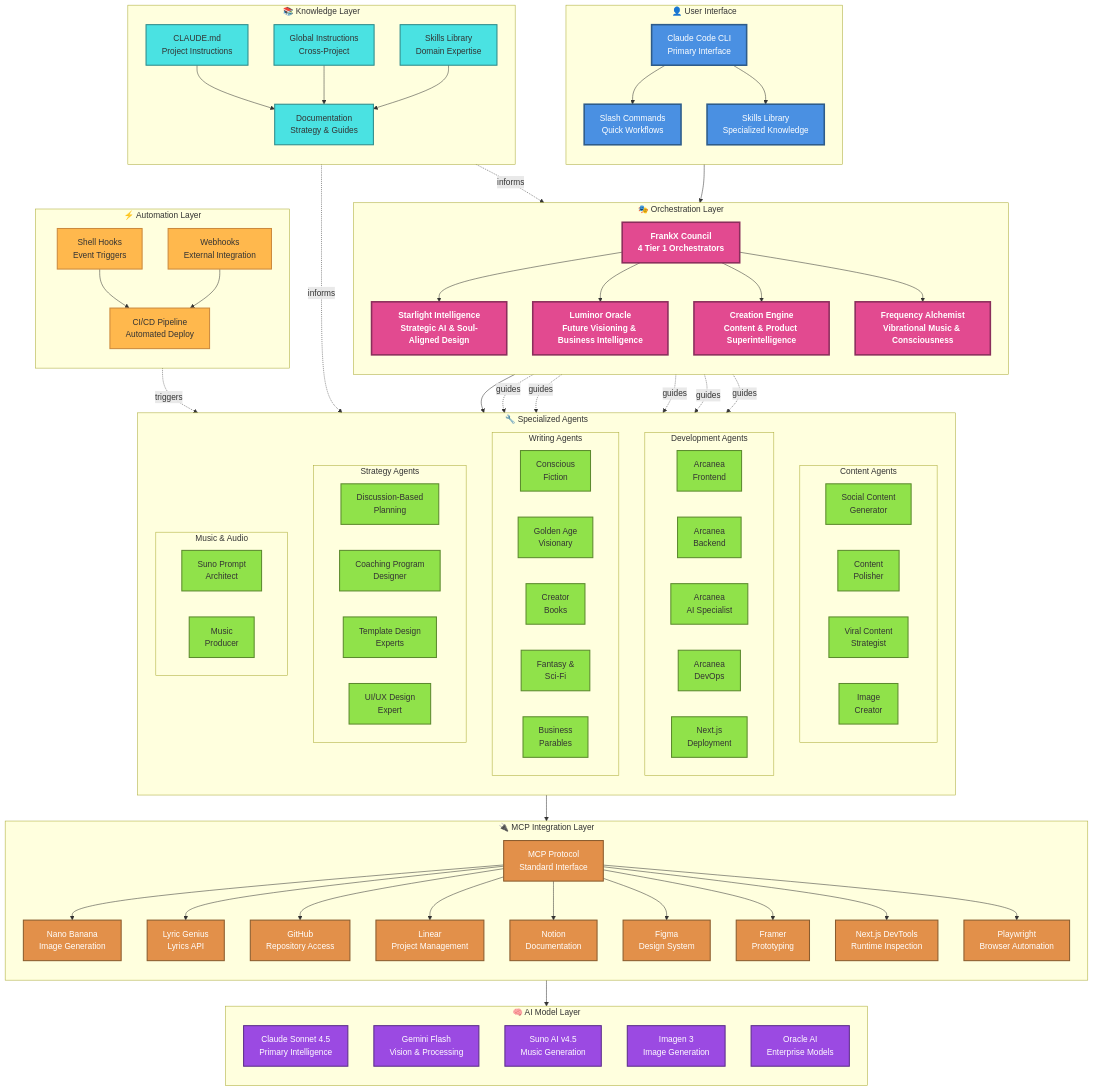
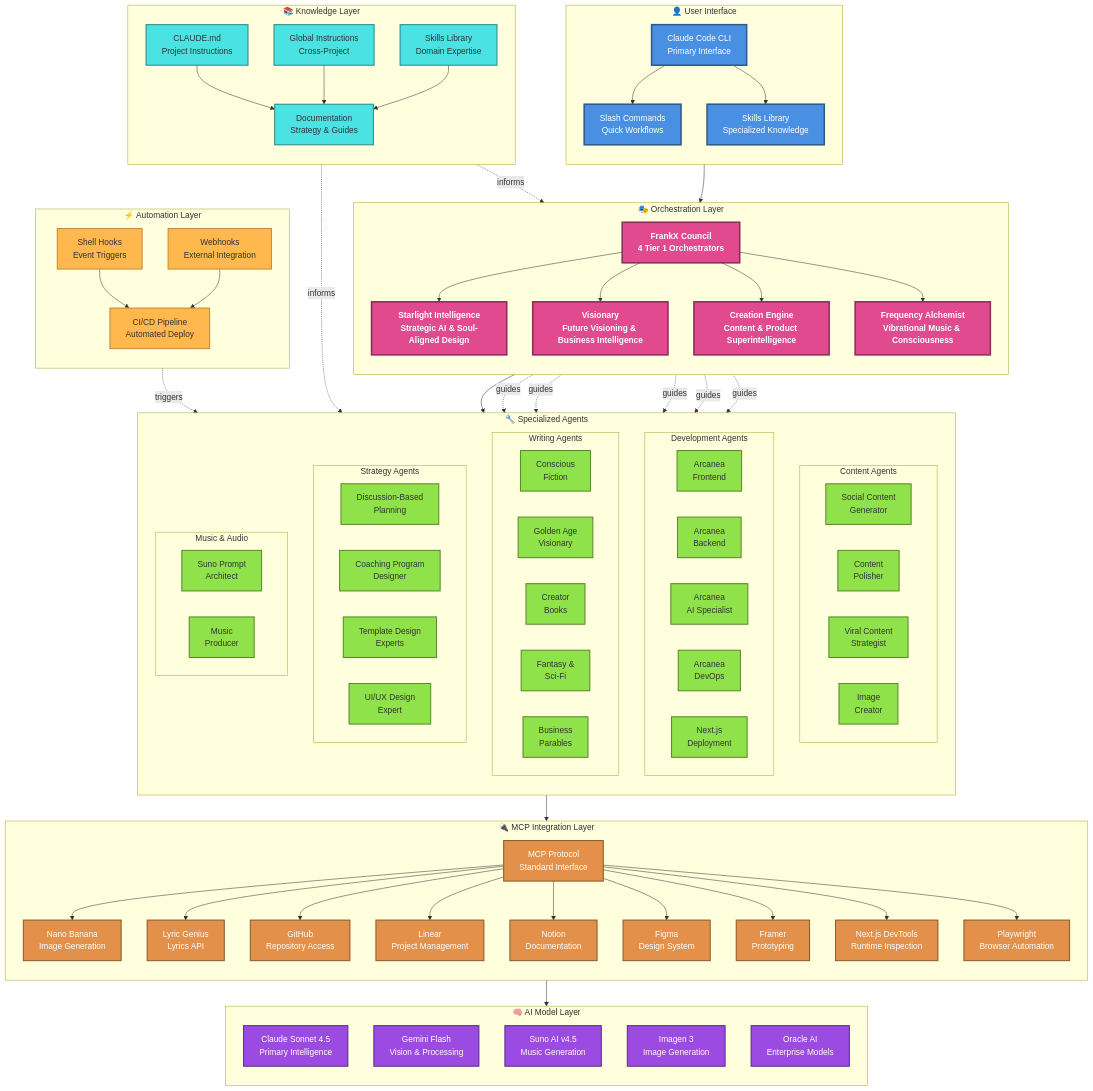
Before and after one commit to frankxai/frankx.ai-vercel-website: the diagram in docs/diagrams/05-agentic-ai-architecture.mmd, drawn with Mermaid. The commit also changed 143 other files, not shown here.

```diff
--- a/docs/diagrams/05-agentic-ai-architecture.mmd
+++ b/docs/diagrams/05-agentic-ai-architecture.mmd
@@ -1,132 +1,132 @@
 graph TB
     %% Agentic AI Architecture
     %% FrankX Superintelligent Agent System
 
     subgraph USER["👤 User Interface"]
         direction TB
         CLI[Claude Code CLI<br/>Primary Interface]:::ui
         SLASH[Slash Commands<br/>Quick Workflows]:::ui
         SKILLS[Skills Library<br/>Specialized Knowledge]:::ui
 
         CLI --> SLASH
         CLI --> SKILLS
     end
 
     subgraph ORCHESTRATION["🎭 Orchestration Layer"]
         direction TB
         COUNCIL[FrankX Council<br/>4 Tier 1 Orchestrators]:::orchestrator
 
         COUNCIL --> STARLIGHT[Starlight Intelligence<br/>Strategic AI & Soul-Aligned Design]:::orchestrator
-        COUNCIL --> LUMINOR[Luminor Oracle<br/>Future Visioning & Business Intelligence]:::orchestrator
+        COUNCIL --> LUMINOR[Visionary<br/>Future Visioning & Business Intelligence]:::orchestrator
         COUNCIL --> CREATION[Creation Engine<br/>Content & Product Superintelligence]:::orchestrator
         COUNCIL --> FREQ_ORCH[Frequency Alchemist<br/>Vibrational Music & Consciousness]:::orchestrator
     end
 
     subgraph SPECIALIZED["🔧 Specialized Agents"]
         direction TB
 
         subgraph CONTENT_AGENTS["Content Agents"]
             SOCIAL[Social Content<br/>Generator]:::agent
             POLISH[Content<br/>Polisher]:::agent
             VIRAL[Viral Content<br/>Strategist]:::agent
             IMAGES[Image<br/>Creator]:::agent
         end
 
         subgraph DEV_AGENTS["Development Agents"]
             ARC_FE[Arcanea<br/>Frontend]:::agent
             ARC_BE[Arcanea<br/>Backend]:::agent
             ARC_AI[Arcanea<br/>AI Specialist]:::agent
             ARC_OPS[Arcanea<br/>DevOps]:::agent
             NEXT_DEP[Next.js<br/>Deployment]:::agent
         end
 
         subgraph WRITING_AGENTS["Writing Agents"]
             CONSCIOUS[Conscious<br/>Fiction]:::agent
             GOLDEN[Golden Age<br/>Visionary]:::agent
             CREATOR_BOOK[Creator<br/>Books]:::agent
             FANTASY[Fantasy &<br/>Sci-Fi]:::agent
             BUSINESS[Business<br/>Parables]:::agent
         end
 
         subgraph STRATEGY_AGENTS["Strategy Agents"]
             DISCUSS[Discussion-Based<br/>Planning]:::agent
             COACH[Coaching Program<br/>Designer]:::agent
             TEMPLATE[Template Design<br/>Experts]:::agent
             UIUX[UI/UX Design<br/>Expert]:::agent
         end
 
         subgraph MUSIC_AGENTS["Music & Audio"]
             SUNO_PROMPT[Suno Prompt<br/>Architect]:::agent
             MUSIC_PROD[Music<br/>Producer]:::agent
         end
     end
 
     subgraph MCP_LAYER["🔌 MCP Integration Layer"]
         direction TB
         MCP_PROTO[MCP Protocol<br/>Standard Interface]:::mcp
 
         MCP_PROTO --> MCP_NANO[Nano Banana<br/>Image Generation]:::mcp
         MCP_PROTO --> MCP_LYRIC[Lyric Genius<br/>Lyrics API]:::mcp
         MCP_PROTO --> MCP_GH[GitHub<br/>Repository Access]:::mcp
         MCP_PROTO --> MCP_LINEAR[Linear<br/>Project Management]:::mcp
         MCP_PROTO --> MCP_NOTION[Notion<br/>Documentation]:::mcp
         MCP_PROTO --> MCP_FIGMA[Figma<br/>Design System]:::mcp
         MCP_PROTO --> MCP_FRAMER[Framer<br/>Prototyping]:::mcp
         MCP_PROTO --> MCP_NEXT[Next.js DevTools<br/>Runtime Inspection]:::mcp
         MCP_PROTO --> MCP_PLAY[Playwright<br/>Browser Automation]:::mcp
     end
 
     subgraph AI_MODELS["🧠 AI Model Layer"]
         direction TB
         CLAUDE[Claude Sonnet 4.5<br/>Primary Intelligence]:::model
         GEMINI_M[Gemini Flash<br/>Vision & Processing]:::model
         SUNO_M[Suno AI v4.5<br/>Music Generation]:::model
         IMAGEN_M[Imagen 3<br/>Image Generation]:::model
         OCI_M[Oracle AI<br/>Enterprise Models]:::model
     end
 
     subgraph KNOWLEDGE["📚 Knowledge Layer"]
         direction TB
         CLAUDE_MD[CLAUDE.md<br/>Project Instructions]:::knowledge
         GLOBAL_MD[Global Instructions<br/>Cross-Project]:::knowledge
         DOCS[Documentation<br/>Strategy & Guides]:::knowledge
         SKILLS_LIB[Skills Library<br/>Domain Expertise]:::knowledge
 
         CLAUDE_MD --> DOCS
         GLOBAL_MD --> DOCS
         SKILLS_LIB --> DOCS
     end
 
     subgraph AUTOMATION["⚡ Automation Layer"]
         direction TB
         HOOKS[Shell Hooks<br/>Event Triggers]:::auto
         CICD_AUTO[CI/CD Pipeline<br/>Automated Deploy]:::auto
         WEBHOOKS[Webhooks<br/>External Integration]:::auto
 
         HOOKS --> CICD_AUTO
         WEBHOOKS --> CICD_AUTO
     end
 
     %% Flow connections
     USER --> ORCHESTRATION
     ORCHESTRATION --> SPECIALIZED
     SPECIALIZED --> MCP_LAYER
     MCP_LAYER --> AI_MODELS
     KNOWLEDGE -.->|informs| ORCHESTRATION
     KNOWLEDGE -.->|informs| SPECIALIZED
     AUTOMATION -.->|triggers| SPECIALIZED
 
     %% Cross-connections
     STARLIGHT -.->|guides| DEV_AGENTS
     CREATION -.->|guides| CONTENT_AGENTS
     CREATION -.->|guides| WRITING_AGENTS
     FREQ_ORCH -.->|guides| MUSIC_AGENTS
     LUMINOR -.->|guides| STRATEGY_AGENTS
 
     classDef ui fill:#4A90E2,stroke:#2E5C8A,stroke-width:3px,color:#fff
     classDef orchestrator fill:#E24A90,stroke:#8A2E5C,stroke-width:3px,color:#fff,font-weight:bold
     classDef agent fill:#90E24A,stroke:#5C8A2E,stroke-width:2px,color:#333
     classDef mcp fill:#E2904A,stroke:#8A5C2E,stroke-width:2px,color:#fff
     classDef model fill:#9B4AE2,stroke:#5C2E8A,stroke-width:2px,color:#fff
     classDef knowledge fill:#4AE2E2,stroke:#2E8A8A,stroke-width:2px,color:#333
     classDef auto fill:#FFB84D,stroke:#CC8A3D,stroke-width:2px,color:#333
```
